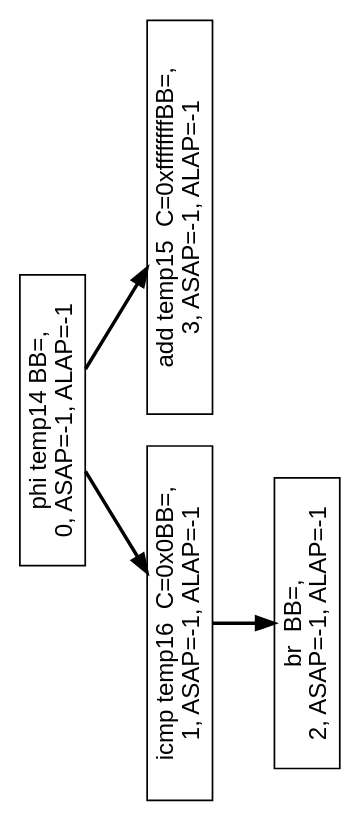
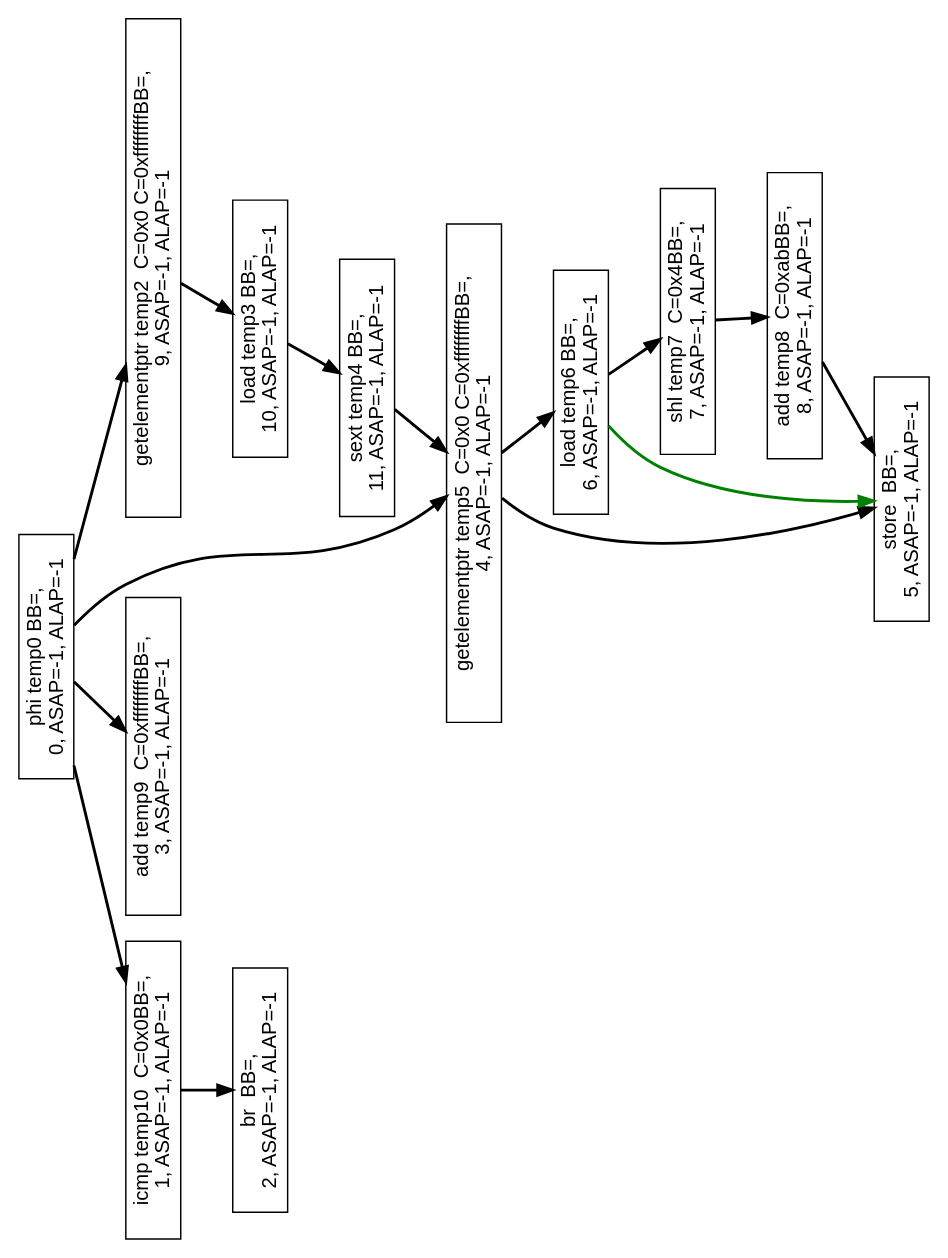
The diagram in benchmarks/morpher_benchmarks/4radix/page_table_walk_INNERMOST_LN1bef_handlePHINodes_PartPredDFG.dot (vlad-nitu/Morpher_DFG_Generator), drawn with Graphviz before and after one commit. The commit also changed 11 other files, not shown here.

```diff
--- a/benchmarks/morpher_benchmarks/4radix/page_table_walk_INNERMOST_LN1bef_handlePHINodes_PartPredDFG.dot
+++ b/benchmarks/morpher_benchmarks/4radix/page_table_walk_INNERMOST_LN1bef_handlePHINodes_PartPredDFG.dot
@@ -1,19 +1,46 @@
 digraph Region_18 {
 	graph [ nslimit = "1000.0",
 	orientation = landscape,
 		center = true,
 	page = "8.5,11",
 	compound=true,
 	size = "10,7.5" ] ;
-"Op_0" [ fontname = "Helvetica" shape = box, label = " phi temp14 BB=,
+"Op_0" [ fontname = "Helvetica" shape = box, label = " phi temp0 BB=,
 0, ASAP=-1, ALAP=-1"]
-"Op_1" [ fontname = "Helvetica" shape = box, label = " icmp temp16  C=0x0BB=,
+"Op_1" [ fontname = "Helvetica" shape = box, label = " icmp temp10  C=0x0BB=,
 1, ASAP=-1, ALAP=-1"]
 "Op_2" [ fontname = "Helvetica" shape = box, label = " br  BB=,
 2, ASAP=-1, ALAP=-1"]
-"Op_3" [ fontname = "Helvetica" shape = box, label = " add temp15  C=0xffffffffBB=,
+"Op_3" [ fontname = "Helvetica" shape = box, label = " add temp9  C=0xffffffffBB=,
 3, ASAP=-1, ALAP=-1"]
+"Op_4" [ fontname = "Helvetica" shape = box, label = " getelementptr temp5  C=0x0 C=0xffffffffBB=,
+4, ASAP=-1, ALAP=-1"]
+"Op_5" [ fontname = "Helvetica" shape = box, label = " store  BB=,
+5, ASAP=-1, ALAP=-1"]
+"Op_6" [ fontname = "Helvetica" shape = box, label = " load temp6 BB=,
+6, ASAP=-1, ALAP=-1"]
+"Op_7" [ fontname = "Helvetica" shape = box, label = " shl temp7  C=0x4BB=,
+7, ASAP=-1, ALAP=-1"]
+"Op_8" [ fontname = "Helvetica" shape = box, label = " add temp8  C=0xabBB=,
+8, ASAP=-1, ALAP=-1"]
+"Op_9" [ fontname = "Helvetica" shape = box, label = " getelementptr temp2  C=0x0 C=0xffffffffBB=,
+9, ASAP=-1, ALAP=-1"]
+"Op_10" [ fontname = "Helvetica" shape = box, label = " load temp3 BB=,
+10, ASAP=-1, ALAP=-1"]
+"Op_11" [ fontname = "Helvetica" shape = box, label = " sext temp4 BB=,
+11, ASAP=-1, ALAP=-1"]
 "Op_0" -> "Op_1" [style = bold, color = black];
 "Op_0" -> "Op_3" [style = bold, color = black];
+"Op_0" -> "Op_4" [style = bold, color = black];
+"Op_0" -> "Op_9" [style = bold, color = black];
 "Op_1" -> "Op_2" [style = bold, color = black];
+"Op_4" -> "Op_5" [style = bold, color = black];
+"Op_4" -> "Op_6" [style = bold, color = black];
+"Op_6" -> "Op_7" [style = bold, color = black];
+"Op_6" -> "Op_5"[style = bold, color = green];
+"Op_7" -> "Op_8" [style = bold, color = black];
+"Op_8" -> "Op_5" [style = bold, color = black];
+"Op_9" -> "Op_10" [style = bold, color = black];
+"Op_10" -> "Op_11" [style = bold, color = black];
+"Op_11" -> "Op_4" [style = bold, color = black];
 }
```
